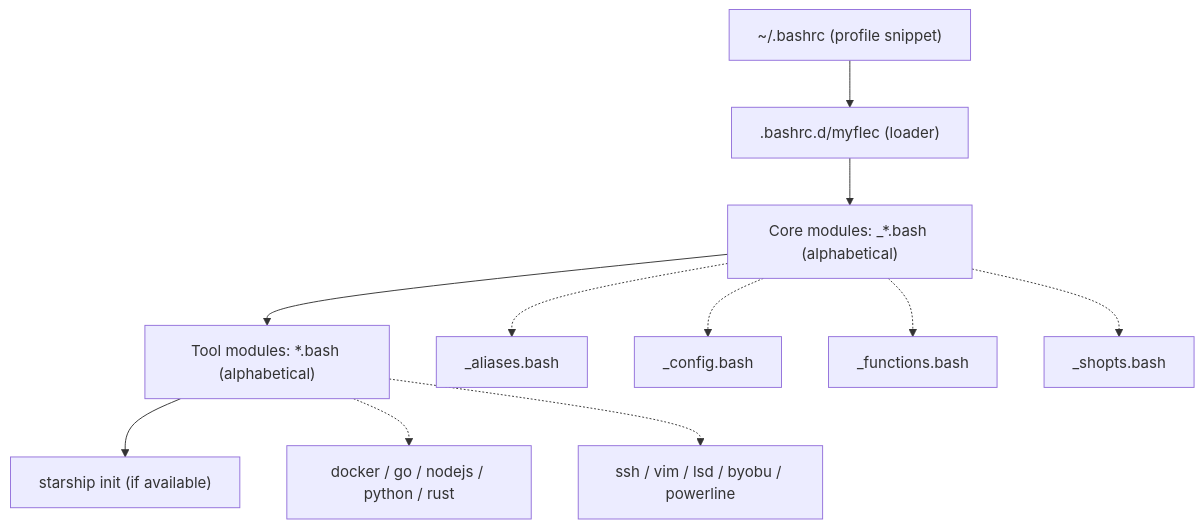
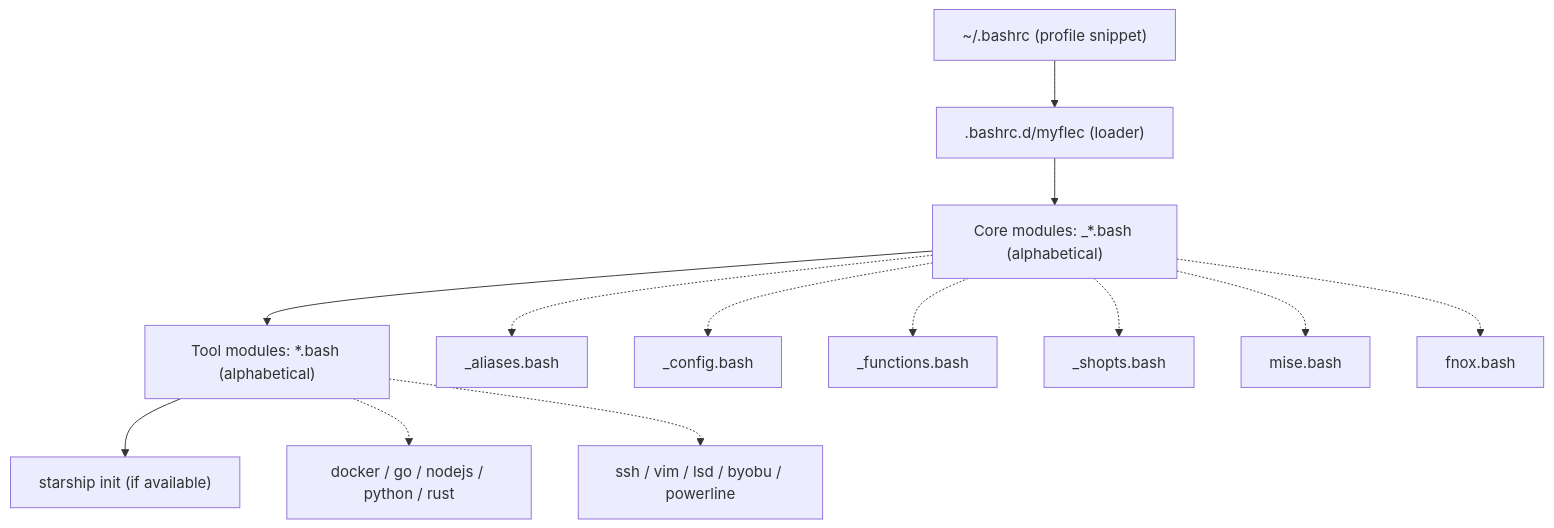
One commit to log0u7/myflec changed the diagram in README.md. Above: the diagram before and after it, drawn with Mermaid. The commit also changed other lines of this file and 8 other files, not shown here.

First line of the commit message:
feat: add mise and fnox modules with fallback support

````diff
--- a/README.md
+++ b/README.md
@@ -89,15 +105,17 @@
 ```mermaid
 flowchart TD
     P["~/.bashrc (profile snippet)"] --> L[".bashrc.d/myflec (loader)"]
     L --> C["Core modules: _*.bash (alphabetical)"]
     C --> T["Tool modules: *.bash (alphabetical)"]
     T --> S["starship init (if available)"]
 
     C -.-> C1["_aliases.bash"]
     C -.-> C2["_config.bash"]
     C -.-> C3["_functions.bash"]
     C -.-> C4["_shopts.bash"]
+    C -.-> C5["mise.bash"]
+    C -.-> C6["fnox.bash"]
 
     T -.-> T1["docker / go / nodejs / python / rust"]
     T -.-> T2["ssh / vim / lsd / byobu / powerline"]
 ```
````
